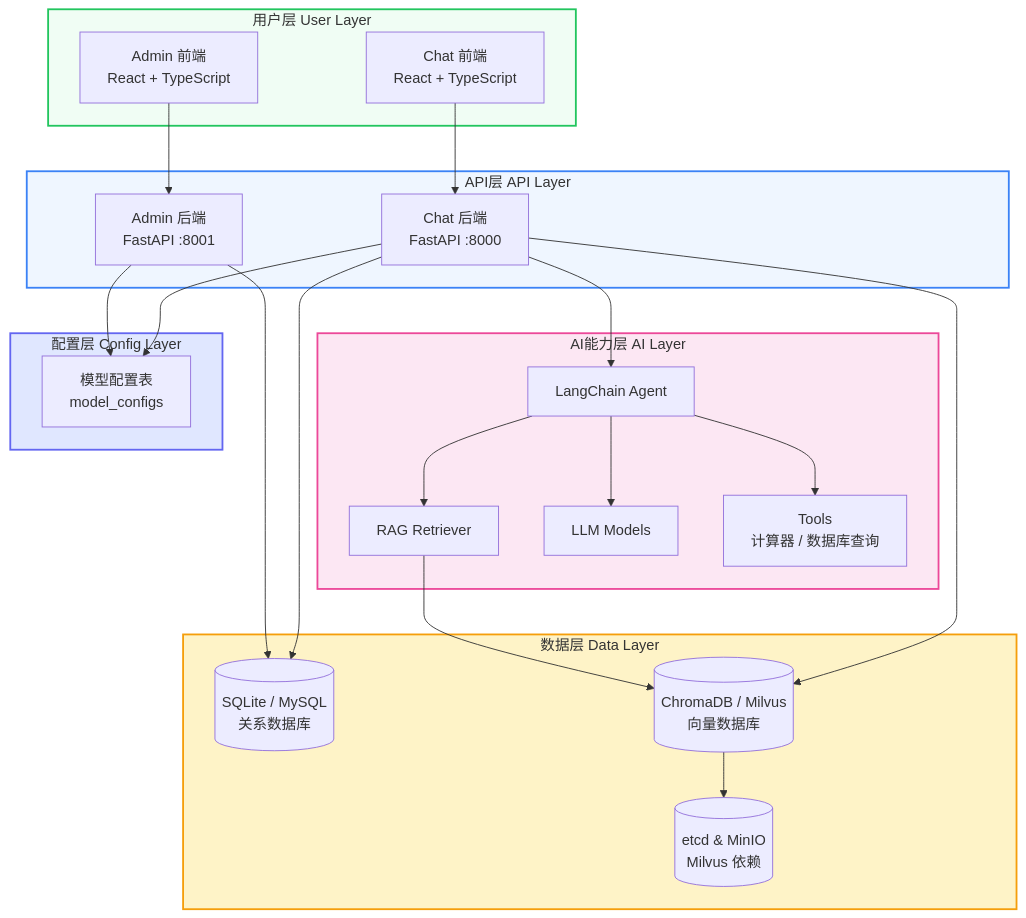
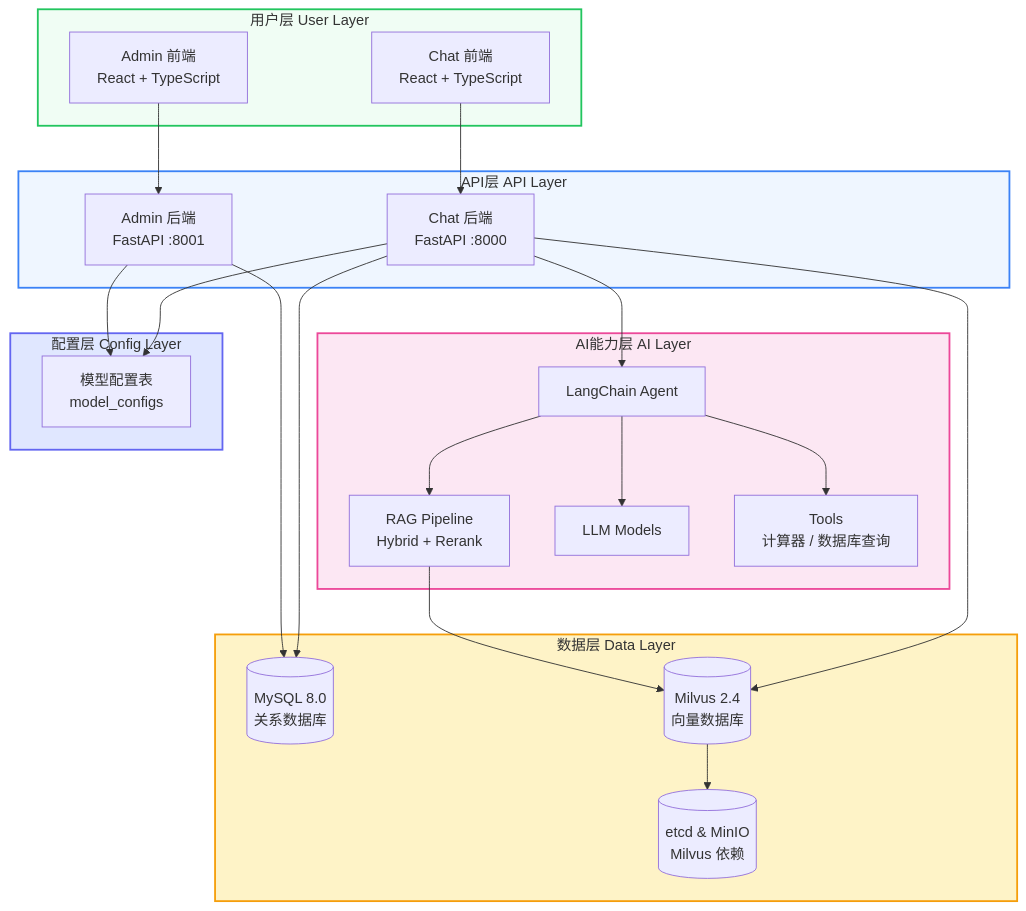
Before and after one commit to xmgfy/MGAgent: the first of 2 diagrams in README.md, drawn with Mermaid. The commit also changed other lines of this file and 67 other files, not shown here.

````diff
--- a/README.md
+++ b/README.md
@@ -34,55 +35,55 @@
 ```mermaid
 flowchart TB
     subgraph S1["用户层 User Layer"]
         A["Chat 前端<br/>React + TypeScript"]
         B["Admin 前端<br/>React + TypeScript"]
     end
 
     subgraph S2["API层 API Layer"]
         C["Chat 后端<br/>FastAPI :8000"]
         D["Admin 后端<br/>FastAPI :8001"]
     end
 
     subgraph S3["数据层 Data Layer"]
-        E[("SQLite / MySQL<br/>关系数据库")]
-        F[("ChromaDB / Milvus<br/>向量数据库")]
+        E[("MySQL 8.0<br/>关系数据库")]
+        F[("Milvus 2.4<br/>向量数据库")]
         G[("etcd & MinIO<br/>Milvus 依赖")]
     end
 
     subgraph S4["AI能力层 AI Layer"]
-        I[LangChain Agent]
-        J[RAG Retriever]
-        K[LLM Models]
-        L["Tools<br/>计算器 / 数据库查询"]
+        H[LangChain Agent]
+        I["RAG Pipeline<br/>Hybrid + Rerank"]
+        J[LLM Models]
+        K["Tools<br/>计算器 / 数据库查询"]
     end
 
     subgraph S5["配置层 Config Layer"]
-        M["模型配置表<br/>model_configs"]
+        L["模型配置表<br/>model_configs"]
     end
 
     A --> C
     B --> D
     C --> E
     C --> F
-    C --> I
+    C --> H
     D --> E
-    I --> J
-    I --> K
-    I --> L
-    J --> F
+    H --> I
+    H --> J
+    H --> K
+    I --> F
     F --> G
-    C --> M
-    D --> M
+    C --> L
+    D --> L
 
     classDef userLayer fill:#f0fdf4,stroke:#22c55e,stroke-width:2px
     classDef apiLayer fill:#eff6ff,stroke:#3b82f6,stroke-width:2px
     classDef dataLayer fill:#fef3c7,stroke:#f59e0b,stroke-width:2px
     classDef aiLayer fill:#fce7f3,stroke:#ec4899,stroke-width:2px
     classDef configLayer fill:#e0e7ff,stroke:#6366f1,stroke-width:2px
 
     class S1 userLayer
     class S2 apiLayer
     class S3 dataLayer
     class S4 aiLayer
     class S5 configLayer
 ```
````
